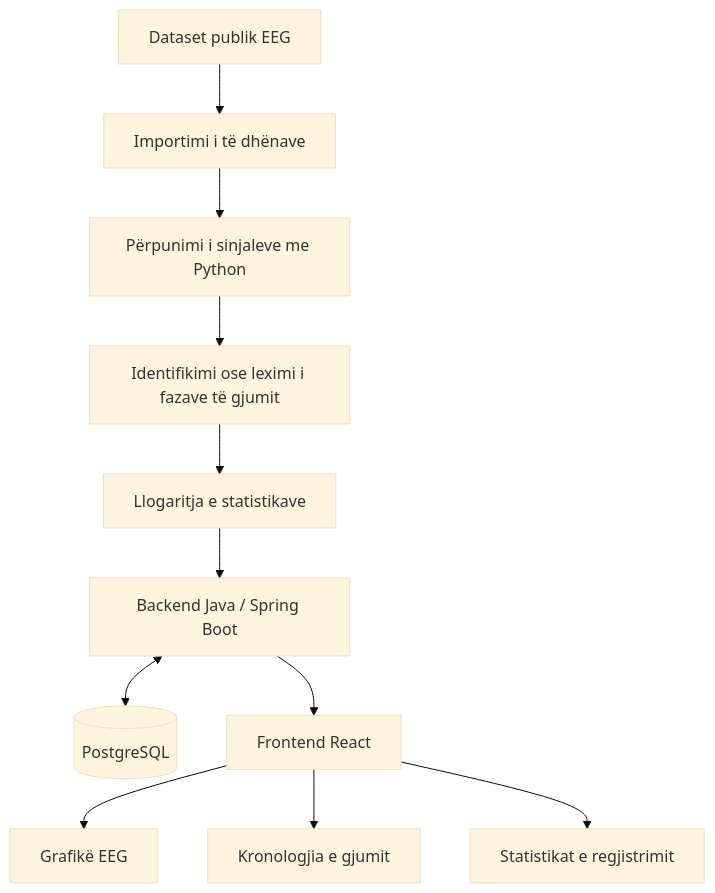
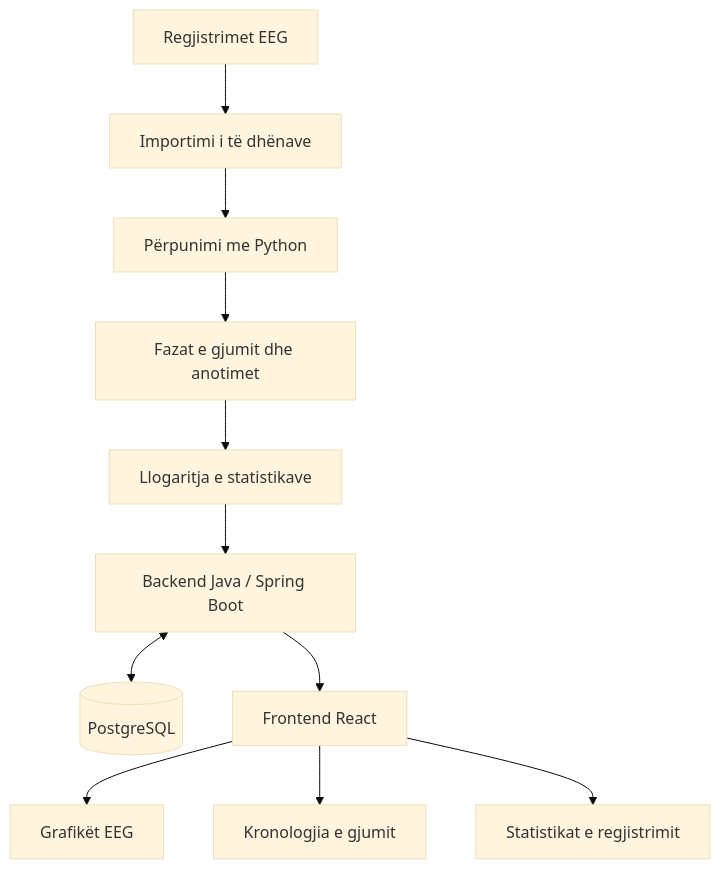
One commit to angelazefi2-eng/DREAMSTATE-Inside-the-sleeping-brain-where-Neuroscience-meets-Software-Engineering changed the first of 2 diagrams in README.md. Above: the diagram before and after it, drawn with Mermaid (base theme). The commit also changed other lines of this file, not shown here.

````diff
--- a/README.md
+++ b/README.md
@@ -61,13 +58,13 @@
 ```mermaid
 flowchart TD
-    A["Dataset publik EEG"] --> B["Importimi i të dhënave"]
-    B --> C["Përpunimi i sinjaleve me Python"]
-    C --> D["Identifikimi ose leximi i fazave të gjumit"]
+    A["Regjistrimet EEG"] --> B["Importimi i të dhënave"]
+    B --> C["Përpunimi me Python"]
+    C --> D["Fazat e gjumit dhe anotimet"]
     D --> E["Llogaritja e statistikave"]
     E --> F["Backend Java / Spring Boot"]
     F <--> G[("PostgreSQL")]
     F --> H["Frontend React"]
-    H --> I["Grafikë EEG"]
+    H --> I["Grafikët EEG"]
     H --> J["Kronologjia e gjumit"]
     H --> K["Statistikat e regjistrimit"]
 ```
````
